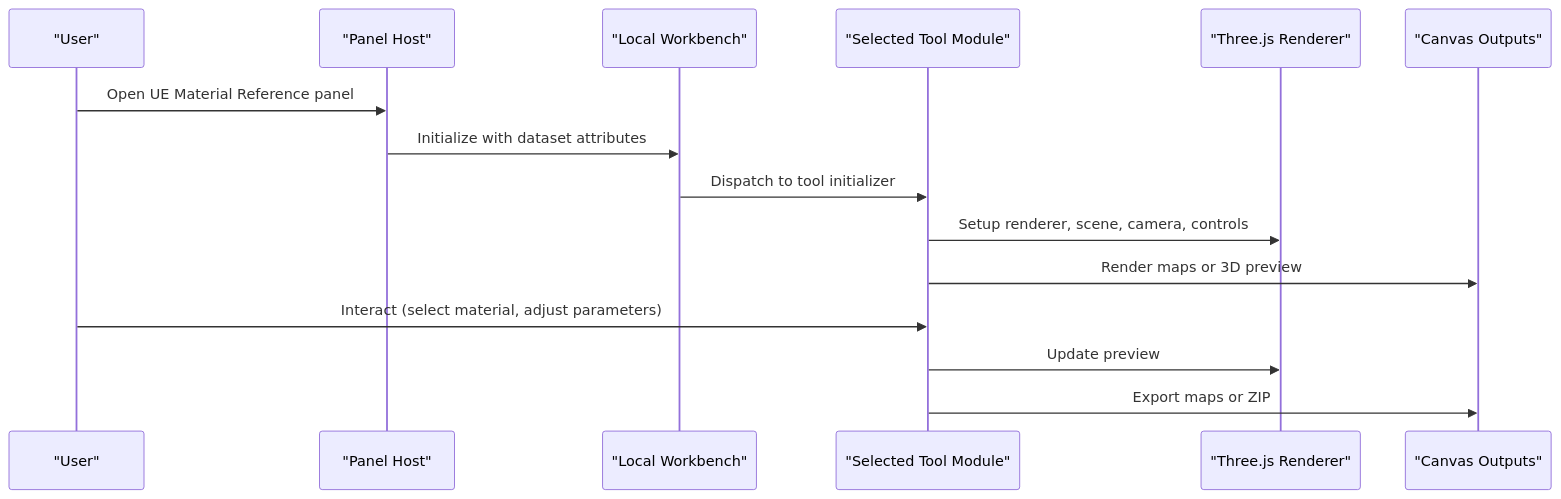
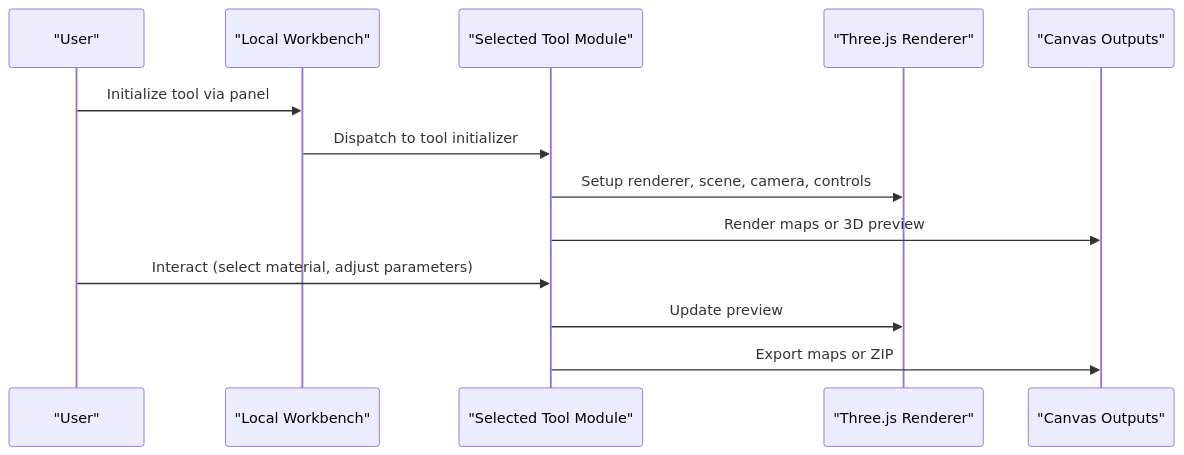
The second of 7 diagrams in .qoder/repowiki/en/content/Technical Artist Utilities/Unreal Engine Material Reference.md (treasureGrove/TAWEBTOOL), drawn with Mermaid before and after one commit. The commit also changed other lines of this file and 101 other files, not shown here.

````diff
--- a/.qoder/repowiki/en/content/Technical Artist Utilities/Unreal Engine Material Reference.md
+++ b/.qoder/repowiki/en/content/Technical Artist Utilities/Unreal Engine Material Reference.md
@@ -110,17 +118,15 @@
 ```mermaid
 sequenceDiagram
 participant User as "User"
-participant Panel as "Panel Host"
 participant Workbench as "Local Workbench"
 participant Tool as "Selected Tool Module"
 participant Three as "Three.js Renderer"
 participant Canvas as "Canvas Outputs"
-User->>Panel : Open UE Material Reference panel
-Panel->>Workbench : Initialize with dataset attributes
+User->>Workbench : Initialize tool via panel
 Workbench->>Tool : Dispatch to tool initializer
 Tool->>Three : Setup renderer, scene, camera, controls
 Tool->>Canvas : Render maps or 3D preview
 User->>Tool : Interact (select material, adjust parameters)
 Tool->>Three : Update preview
 Tool->>Canvas : Export maps or ZIP
 ```
````
